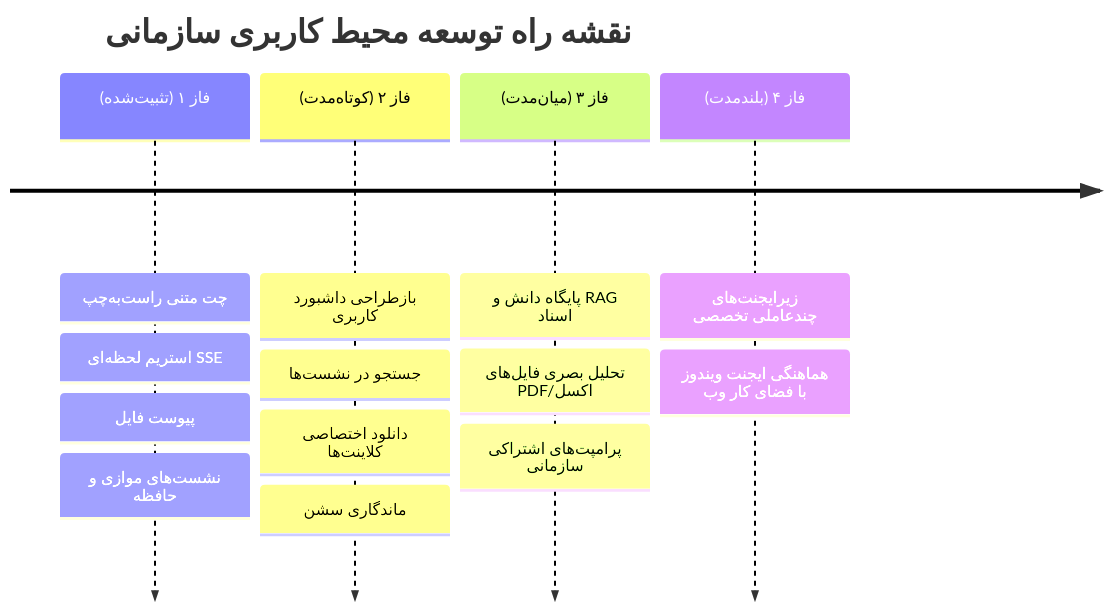
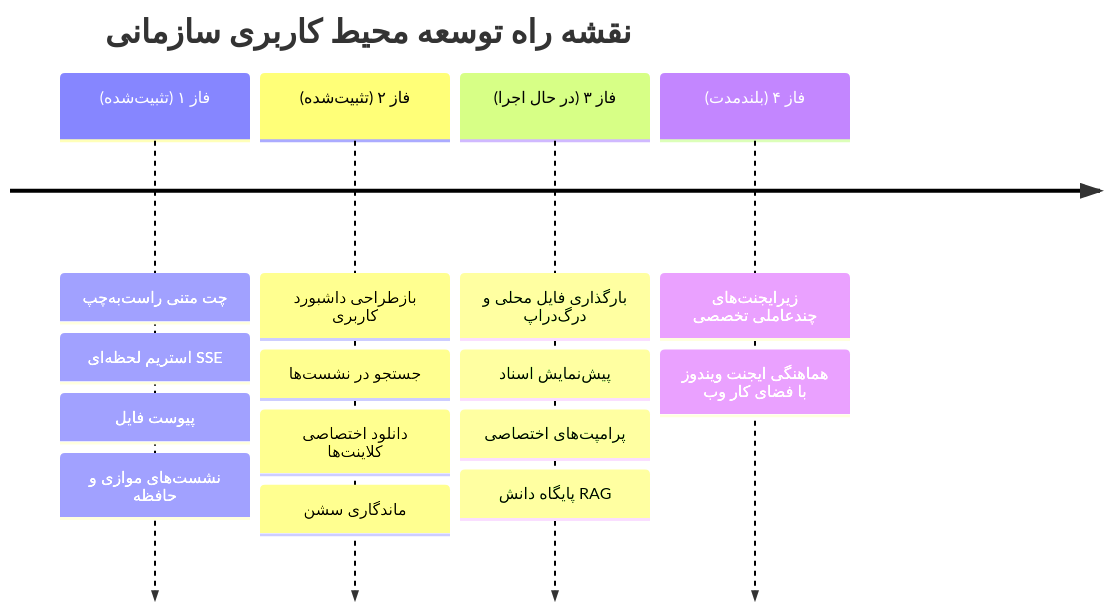
One commit to RedBoy-011/OmniOps changed the third of 3 diagrams in ROADMAP_DUAL_PLANE.fa.md. Above: the diagram before and after it, drawn with Mermaid. The commit also changed other lines of this file and 9 other files, not shown here.

````diff
--- a/ROADMAP_DUAL_PLANE.fa.md
+++ b/ROADMAP_DUAL_PLANE.fa.md
@@ -106,8 +106,8 @@
 ```mermaid
 timeline
     title نقشه راه توسعه محیط کاربری سازمانی
     فاز ۱ (تثبیت‌شده) : چت متنی راست‌به‌چپ : استریم لحظه‌ای SSE : پیوست فایل : نشست‌های موازی و حافظه
-    فاز ۲ (کوتاه‌مدت) : بازطراحی داشبورد کاربری : جستجو در نشست‌ها : دانلود اختصاصی کلاینت‌ها : ماندگاری سشن
-    فاز ۳ (میان‌مدت) : پایگاه دانش و RAG اسناد : تحلیل بصری فایل‌های PDF/اکسل : پرامپت‌های اشتراکی سازمانی
+    فاز ۲ (تثبیت‌شده) : بازطراحی داشبورد کاربری : جستجو در نشست‌ها : دانلود اختصاصی کلاینت‌ها : ماندگاری سشن
+    فاز ۳ (در حال اجرا) : بارگذاری فایل محلی و درگ‌دراپ : پیش‌نمایش اسناد : پرامپت‌های اختصاصی : پایگاه دانش RAG
     فاز ۴ (بلندمدت) : زیرایجنت‌های چندعاملی تخصصی : هماهنگی ایجنت ویندوز با فضای کار وب
 ```
````
